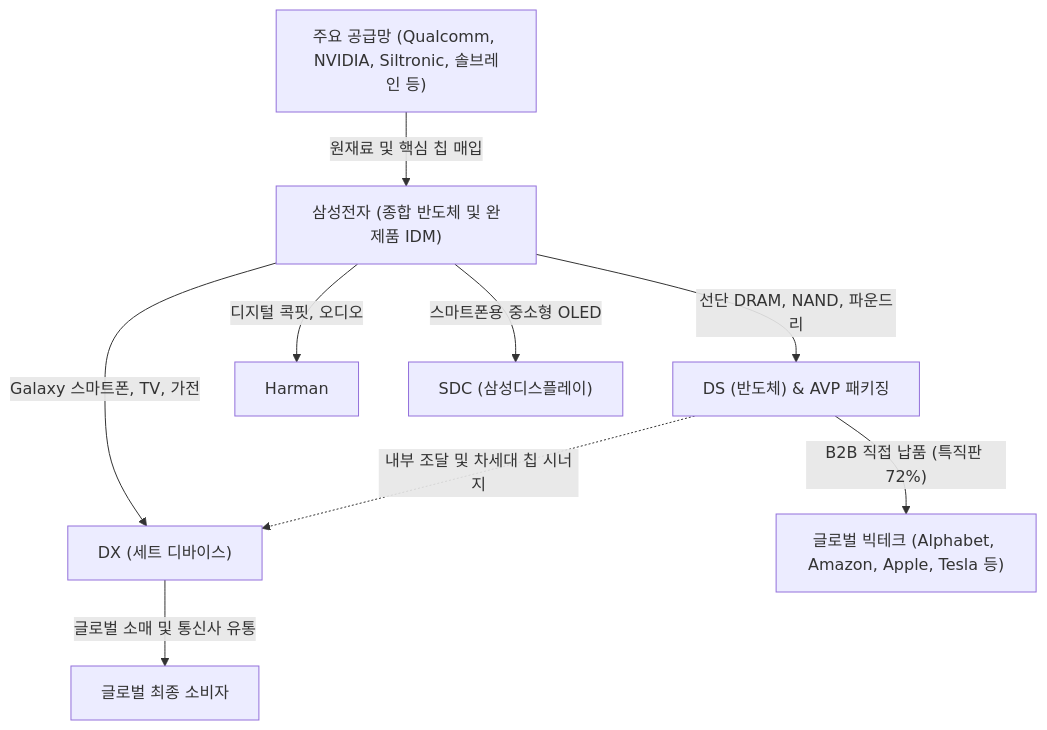
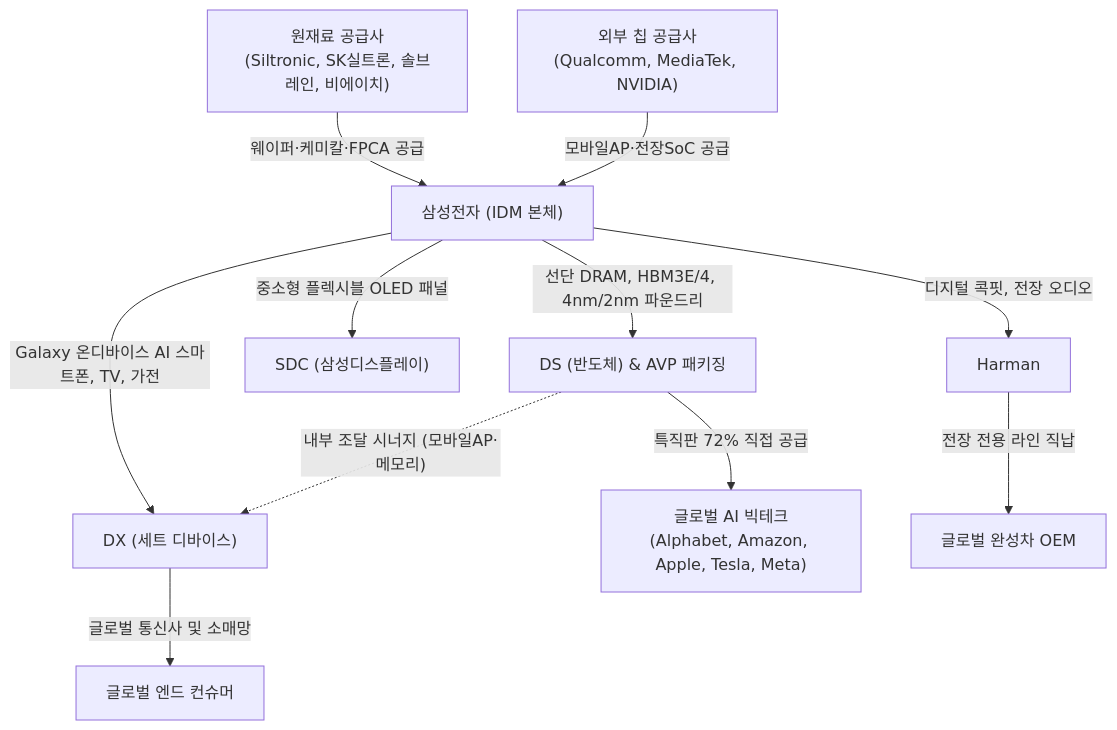
One commit to eve830521-cmd/my-skill changed the first of 2 diagrams in Stock_Research/삼성전자/3_Final_Reports/Phase1_Report.md. Above: the diagram before and after it, drawn with Mermaid. The commit also changed other lines of this file and 21 other files, not shown here.

````diff
--- a/Stock_Research/삼성전자/3_Final_Reports/Phase1_Report.md
+++ b/Stock_Research/삼성전자/3_Final_Reports/Phase1_Report.md
@@ -23,11 +50,15 @@
 ```mermaid
 graph TD
-    A["주요 공급망 (Qualcomm, NVIDIA, Siltronic, 솔브레인 등)"] -->|"원재료 및 핵심 칩 매입"| B["삼성전자 (종합 반도체 및 완제품 IDM)"]
-    B -->|"선단 DRAM, NAND, 파운드리"| C["DS (반도체) & AVP 패키징"]
-    B -->|"Galaxy 스마트폰, TV, 가전"| D["DX (세트 디바이스)"]
-    B -->|"디지털 콕핏, 오디오"| E["Harman"]
-    B -->|"스마트폰용 중소형 OLED"| F["SDC (삼성디스플레이)"]
-    C -. "내부 조달 및 차세대 칩 시너지" .-> D
-    C -->|"B2B 직접 납품 (특직판 72%)"| G["글로벌 빅테크 (Alphabet, Amazon, Apple, Tesla 등)"]
-    D -->|"글로벌 소매 및 통신사 유통"| H["글로벌 최종 소비자"]
+    S1["원재료 공급사<br>(Siltronic, SK실트론, 솔브레인, 비에이치)"] -->|"웨이퍼·케미칼·FPCA 공급"| SEC["삼성전자 (IDM 본체)"]
+    S2["외부 칩 공급사<br>(Qualcomm, MediaTek, NVIDIA)"] -->|"모바일AP·전장SoC 공급"| SEC
+    
+    SEC -->|"선단 DRAM, HBM3E/4, 4nm/2nm 파운드리"| DS["DS (반도체) & AVP 패키징"]
+    SEC -->|"Galaxy 온디바이스 AI 스마트폰, TV, 가전"| DX["DX (세트 디바이스)"]
+    SEC -->|"중소형 플렉시블 OLED 패널"| SDC["SDC (삼성디스플레이)"]
+    SEC -->|"디지털 콕핏, 전장 오디오"| HAR["Harman"]
+    
+    DS -. "내부 조달 시너지 (모바일AP·메모리)" .-> DX
+    DS -->|"특직판 72% 직접 공급"| C1["글로벌 AI 빅테크<br>(Alphabet, Amazon, Apple, Tesla, Meta)"]
+    DX -->|"글로벌 통신사 및 소매망"| C2["글로벌 엔드 컨슈머"]
+    HAR -->|"전장 전용 라인 직납"| C3["글로벌 완성차 OEM"]
 ```
````
